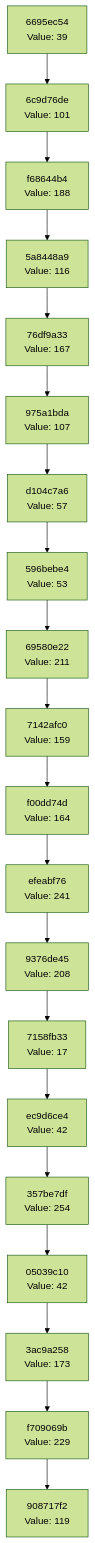
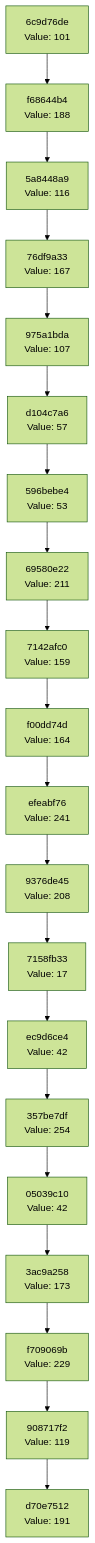
One commit to Abhisheksinha1506/hash-chain-evolver changed the diagram in docs/CHAIN_VISUALIZATION.md. Above: the diagram before and after it, drawn with Mermaid (forest theme). The commit also changed 2 other files, not shown here.

Commit message:
Evolution step: hash 0xBF → action executed

````diff
--- a/docs/CHAIN_VISUALIZATION.md
+++ b/docs/CHAIN_VISUALIZATION.md
@@ -3,42 +3,42 @@
 ```mermaid
 graph TD
-    C0["908717f2<br/>Value: 119"]
-    C1["f709069b<br/>Value: 229"]
+    C0["d70e7512<br/>Value: 191"]
+    C1["908717f2<br/>Value: 119"]
     C1 --> C0
-    C2["3ac9a258<br/>Value: 173"]
+    C2["f709069b<br/>Value: 229"]
     C2 --> C1
-    C3["05039c10<br/>Value: 42"]
+    C3["3ac9a258<br/>Value: 173"]
     C3 --> C2
-    C4["357be7df<br/>Value: 254"]
+    C4["05039c10<br/>Value: 42"]
     C4 --> C3
-    C5["ec9d6ce4<br/>Value: 42"]
+    C5["357be7df<br/>Value: 254"]
     C5 --> C4
-    C6["7158fb33<br/>Value: 17"]
+    C6["ec9d6ce4<br/>Value: 42"]
     C6 --> C5
-    C7["9376de45<br/>Value: 208"]
+    C7["7158fb33<br/>Value: 17"]
     C7 --> C6
-    C8["efeabf76<br/>Value: 241"]
+    C8["9376de45<br/>Value: 208"]
     C8 --> C7
-    C9["f00dd74d<br/>Value: 164"]
+    C9["efeabf76<br/>Value: 241"]
     C9 --> C8
-    C10["7142afc0<br/>Value: 159"]
+    C10["f00dd74d<br/>Value: 164"]
     C10 --> C9
-    C11["69580e22<br/>Value: 211"]
+    C11["7142afc0<br/>Value: 159"]
     C11 --> C10
-    C12["596bebe4<br/>Value: 53"]
+    C12["69580e22<br/>Value: 211"]
     C12 --> C11
-    C13["d104c7a6<br/>Value: 57"]
+    C13["596bebe4<br/>Value: 53"]
     C13 --> C12
-    C14["975a1bda<br/>Value: 107"]
+    C14["d104c7a6<br/>Value: 57"]
     C14 --> C13
-    C15["76df9a33<br/>Value: 167"]
+    C15["975a1bda<br/>Value: 107"]
     C15 --> C14
-    C16["5a8448a9<br/>Value: 116"]
+    C16["76df9a33<br/>Value: 167"]
     C16 --> C15
-    C17["f68644b4<br/>Value: 188"]
+    C17["5a8448a9<br/>Value: 116"]
     C17 --> C16
-    C18["6c9d76de<br/>Value: 101"]
+    C18["f68644b4<br/>Value: 188"]
     C18 --> C17
-    C19["6695ec54<br/>Value: 39"]
+    C19["6c9d76de<br/>Value: 101"]
     C19 --> C18
 ```
````
